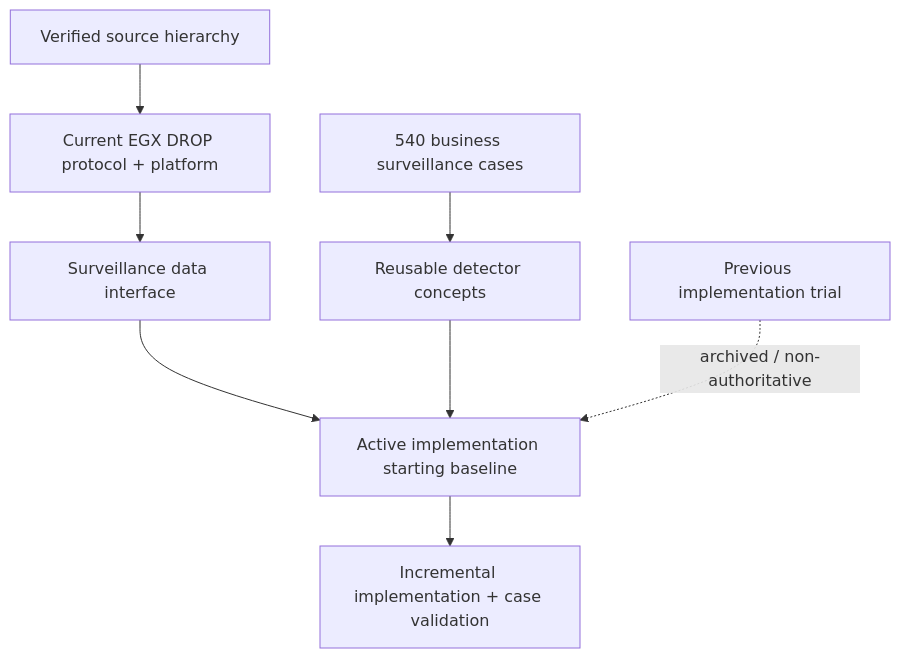
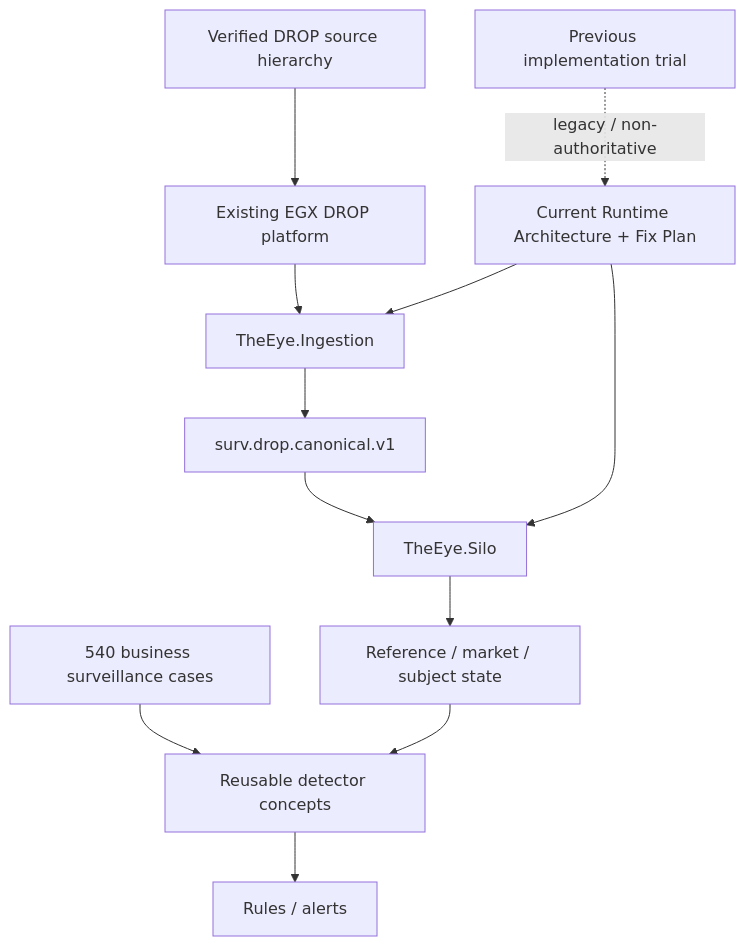
Before and after one commit to adnanelhabashy/surveillance-knowledge-base: the diagram in Market-Surveillance-Full-Plan-Doc-Refrence/00 - Project Home.md, drawn with Mermaid. The commit also changed other lines of this file, not shown here.

Commit message:
docs: point project home to current THE EYE canonical architecture

````diff
--- a/Market-Surveillance-Full-Plan-Doc-Refrence/00 - Project Home.md
+++ b/Market-Surveillance-Full-Plan-Doc-Refrence/00 - Project Home.md
@@ -24,10 +25,16 @@
 ```mermaid
 flowchart TB
+    SRC[Verified DROP source hierarchy] --> DROP[Existing EGX DROP platform]
+    DROP --> ING[TheEye.Ingestion]
+    ING --> CAN[surv.drop.canonical.v1]
+    CAN --> SILO[TheEye.Silo]
+
     CASES[540 business surveillance cases] --> DET[Reusable detector concepts]
-    DROP[Current EGX DROP protocol + platform] --> IFACE[Surveillance data interface]
-    IFACE --> START[Active implementation starting baseline]
-    DET --> START
-    START --> BUILD[Incremental implementation + case validation]
-    SRC[Verified source hierarchy] --> DROP
-    LEG[Previous implementation trial] -. archived / non-authoritative .-> START
+    SILO --> STATE[Reference / market / subject state]
+    STATE --> DET
+    DET --> RULES[Rules / alerts]
+
+    CUR[Current Runtime Architecture + Fix Plan] --> ING
+    CUR --> SILO
+    LEG[Previous implementation trial] -. legacy / non-authoritative .-> CUR
 ```
````
